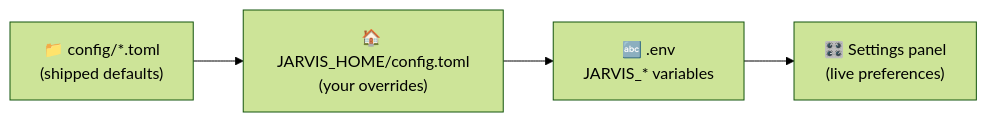
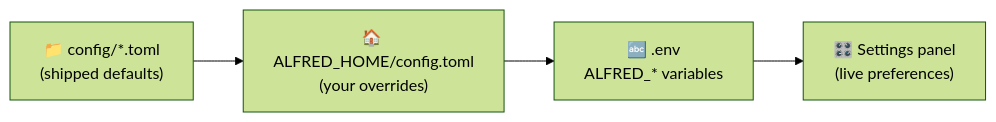
One commit to anilkumarmeena/alfred changed the second of 2 diagrams in docs/architecture-review.md. Above: the diagram before and after it, drawn with Mermaid (forest theme). The commit also changed other lines of this file and 650 other files, not shown here.

First line of the commit message:
rename JARVIS to Alfred; the assistant goes by any name the user gives it

````diff
--- a/docs/architecture-review.md
+++ b/docs/architecture-review.md
@@ -104,4 +104,4 @@
 ```mermaid
 flowchart LR
-    F["📁 config/*.toml<br/>(shipped defaults)"] --> U["🏠 JARVIS_HOME/config.toml<br/>(your overrides)"] --> E["🔤 .env<br/>JARVIS_* variables"] --> P["🎛️ Settings panel<br/>(live preferences)"]
+    F["📁 config/*.toml<br/>(shipped defaults)"] --> U["🏠 ALFRED_HOME/config.toml<br/>(your overrides)"] --> E["🔤 .env<br/>ALFRED_* variables"] --> P["🎛️ Settings panel<br/>(live preferences)"]
 ```
````
